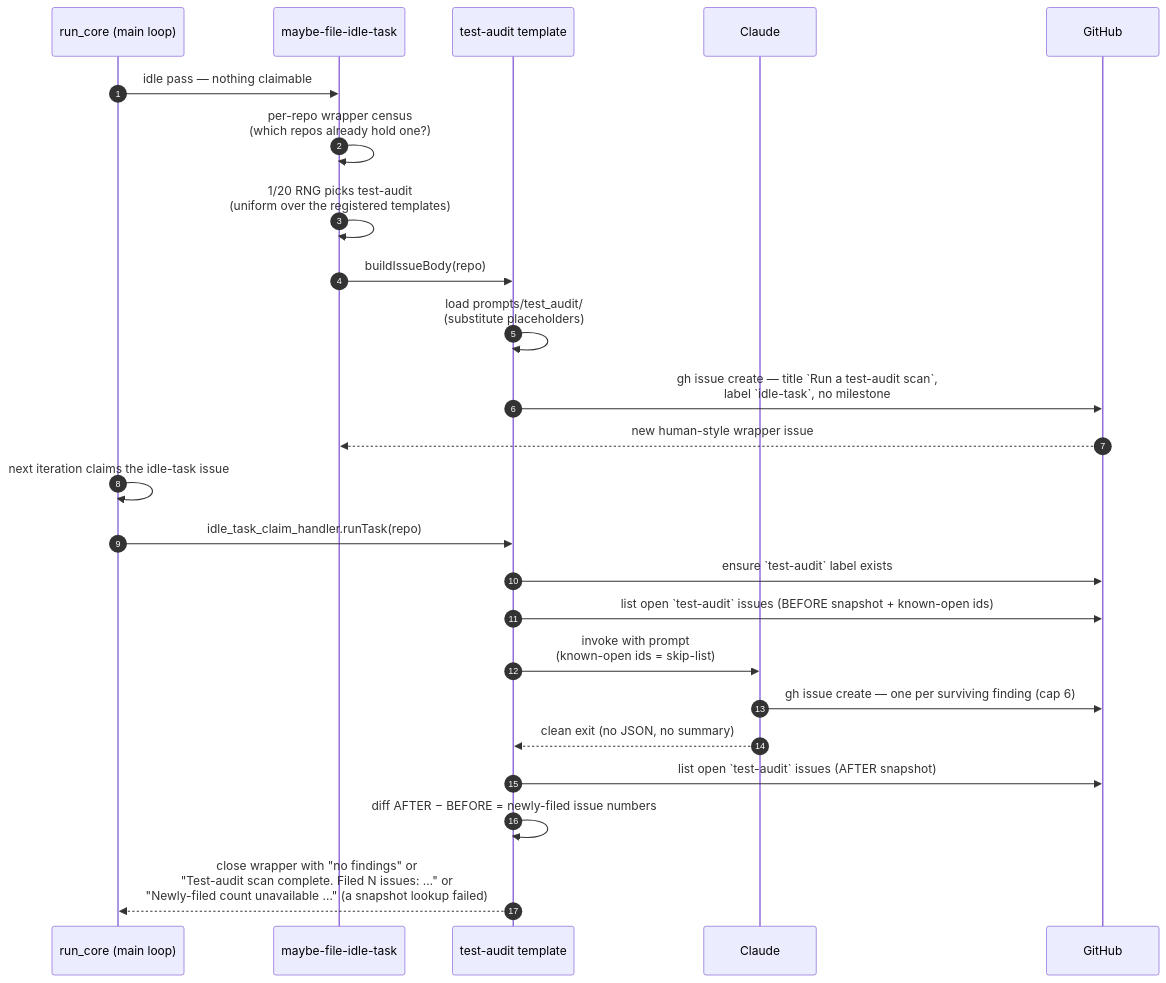
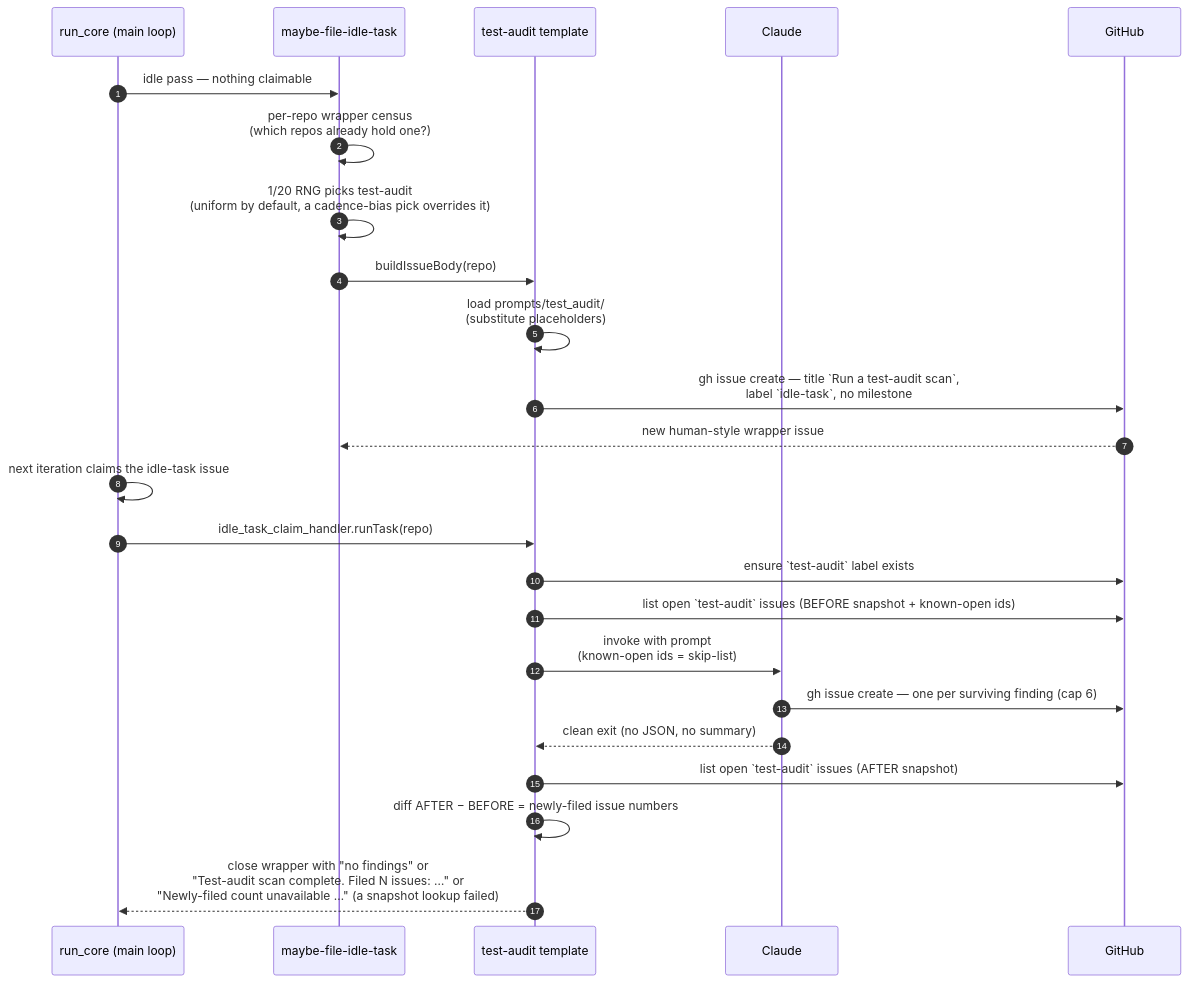
The first of 2 diagrams in docs/TEST-AUDIT-SCAN.md (stSoftwareAU/VibeCoder), drawn with Mermaid before and after one commit. The commit also changed other lines of this file and 13 other files, not shown here.

````diff
--- a/docs/TEST-AUDIT-SCAN.md
+++ b/docs/TEST-AUDIT-SCAN.md
@@ -182,27 +182,27 @@
 ```mermaid
 sequenceDiagram
     autonumber
     participant Main as run_core (main loop)
     participant Filer as maybe-file-idle-task
     participant Template as test-audit template
     participant Claude
     participant GH as GitHub
 
     Main->>Filer: idle pass — nothing claimable
     Filer->>Filer: per-repo wrapper census<br/>(which repos already hold one?)
-    Filer->>Filer: 1/20 RNG picks test-audit<br/>(uniform over the registered templates)
+    Filer->>Filer: 1/20 RNG picks test-audit<br/>(uniform by default, a cadence-bias pick overrides it)
     Filer->>Template: buildIssueBody(repo)
     Template->>Template: load prompts/test_audit/<br/>(substitute placeholders)
     Template->>GH: gh issue create — title `Run a test-audit scan`,<br/>label `idle-task`, no milestone
     GH-->>Filer: new human-style wrapper issue
     Main->>Main: next iteration claims the idle-task issue
     Main->>Template: idle_task_claim_handler.runTask(repo)
     Template->>GH: ensure `test-audit` label exists
     Template->>GH: list open `test-audit` issues (BEFORE snapshot + known-open ids)
     Template->>Claude: invoke with prompt<br/>(known-open ids = skip-list)
     Claude->>GH: gh issue create — one per surviving finding (cap 6)
     Claude-->>Template: clean exit (no JSON, no summary)
     Template->>GH: list open `test-audit` issues (AFTER snapshot)
     Template->>Template: diff AFTER − BEFORE = newly-filed issue numbers
     Template-->>Main: close wrapper with "no findings" or<br/>"Test-audit scan complete. Filed N issues: …" or<br/>"Newly-filed count unavailable …" (a snapshot lookup failed)
 ```
````
